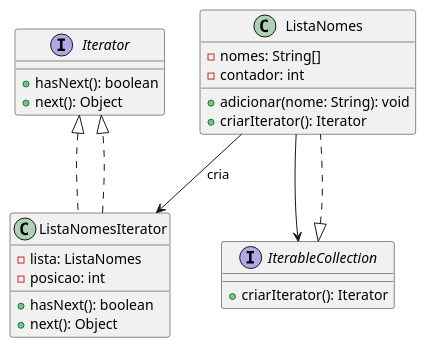
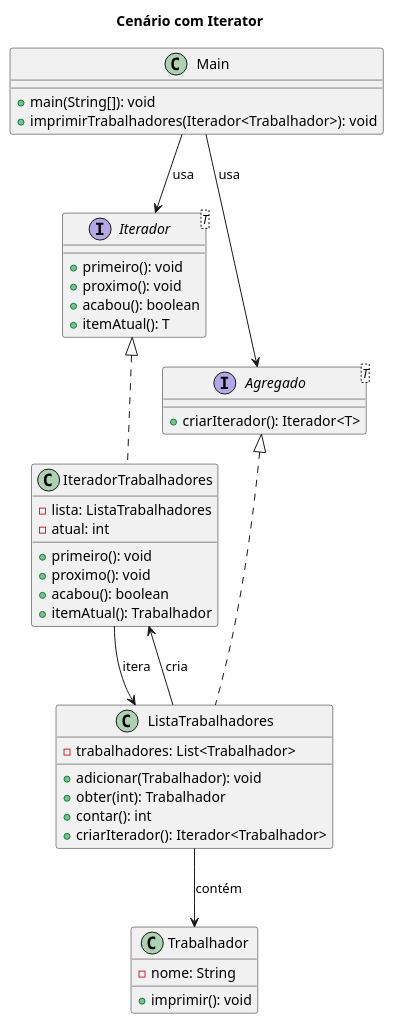
The diagram in src/Iterator/estrutura_com_padrao.puml (20242-ifba-saj-ads-ppr/seminario-ppr-comportamentais-equipe4), drawn with PlantUML before and after one commit. The commit also changed 15 other files, not shown here.

```diff
--- a/src/Iterator/estrutura_com_padrao.puml
+++ b/src/Iterator/estrutura_com_padrao.puml
@@ -1,28 +1,48 @@
 @startuml
-interface Iterator {
-  + hasNext(): boolean
-  + next(): Object
+title Cenário com Iterator
+
+interface Iterador<T> {
+  + primeiro(): void
+  + proximo(): void
+  + acabou(): boolean
+  + itemAtual(): T
 }
 
-interface IterableCollection {
-  + criarIterator(): Iterator
+interface Agregado<T> {
+  + criarIterador(): Iterador<T>
 }
 
-class ListaNomes implements IterableCollection {
-  - nomes: String[]
-  - contador: int
-  + adicionar(nome: String): void
-  + criarIterator(): Iterator
+class Trabalhador {
+  - nome: String
+  + imprimir(): void
 }
 
-class ListaNomesIterator implements Iterator {
-  - lista: ListaNomes
-  - posicao: int
-  + hasNext(): boolean
-  + next(): Object
+class ListaTrabalhadores implements Agregado<Trabalhador> {
+  - trabalhadores: List<Trabalhador>
+  + adicionar(Trabalhador): void
+  + obter(int): Trabalhador
+  + contar(): int
+  + criarIterador(): Iterador<Trabalhador>
 }
 
-ListaNomes --> IterableCollection
-ListaNomesIterator ..|> Iterator
-ListaNomes --> ListaNomesIterator : cria
+class IteradorTrabalhadores implements Iterador<Trabalhador> {
+  - lista: ListaTrabalhadores
+  - atual: int
+  + primeiro(): void
+  + proximo(): void
+  + acabou(): boolean
+  + itemAtual(): Trabalhador
+}
+
+class Main {
+  + main(String[]): void
+  + imprimirTrabalhadores(Iterador<Trabalhador>): void
+}
+
+Main --> Agregado : usa
+ListaTrabalhadores --> Trabalhador : contém
+ListaTrabalhadores --> IteradorTrabalhadores : cria
+IteradorTrabalhadores --> ListaTrabalhadores : itera
+Main --> Iterador : usa
+
 @enduml
```
